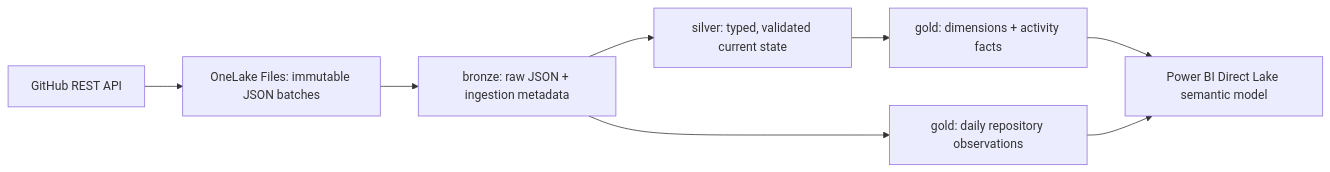
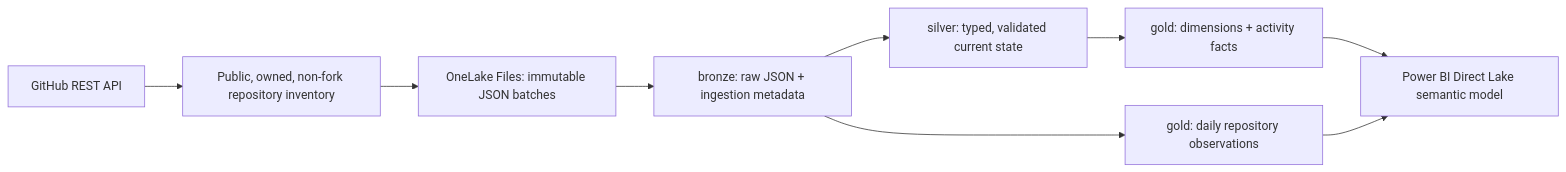
One commit to roberts-andy/github-fabric-analytics changed the diagram in README.md. Above: the diagram before and after it, drawn with Mermaid. The commit also changed other lines of this file and 7 other files, not shown here.

Commit message:
Track all owned public non-fork repositories through the lakehouse

````diff
--- a/README.md
+++ b/README.md
@@ -7,10 +8,11 @@
 ```mermaid
 flowchart LR
-    GitHub["GitHub REST API"] --> Landing["OneLake Files: immutable JSON batches"]
+    GitHub["GitHub REST API"] --> Registry["Public, owned, non-fork repository inventory"]
+    Registry --> Landing["OneLake Files: immutable JSON batches"]
     Landing --> Bronze["bronze: raw JSON + ingestion metadata"]
     Bronze --> Silver["silver: typed, validated current state"]
     Silver --> Gold["gold: dimensions + activity facts"]
     Bronze --> Snapshots["gold: daily repository observations"]
     Gold --> Model["Power BI Direct Lake semantic model"]
     Snapshots --> Model
 ```
````
